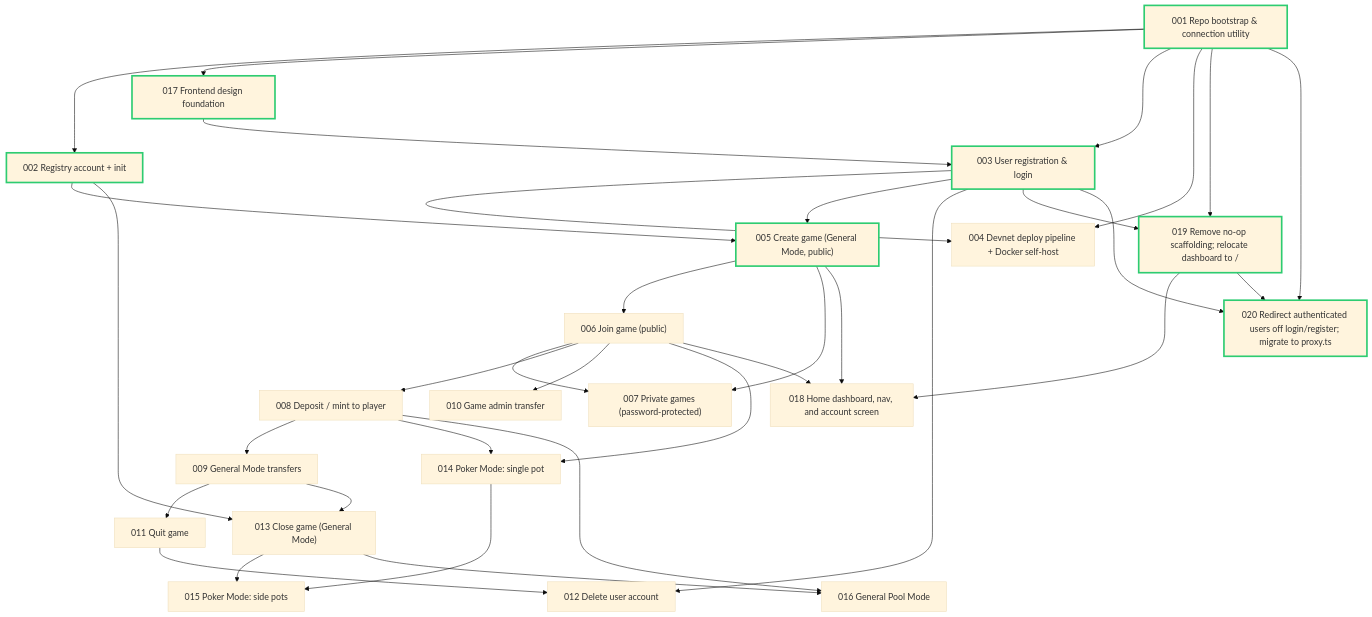
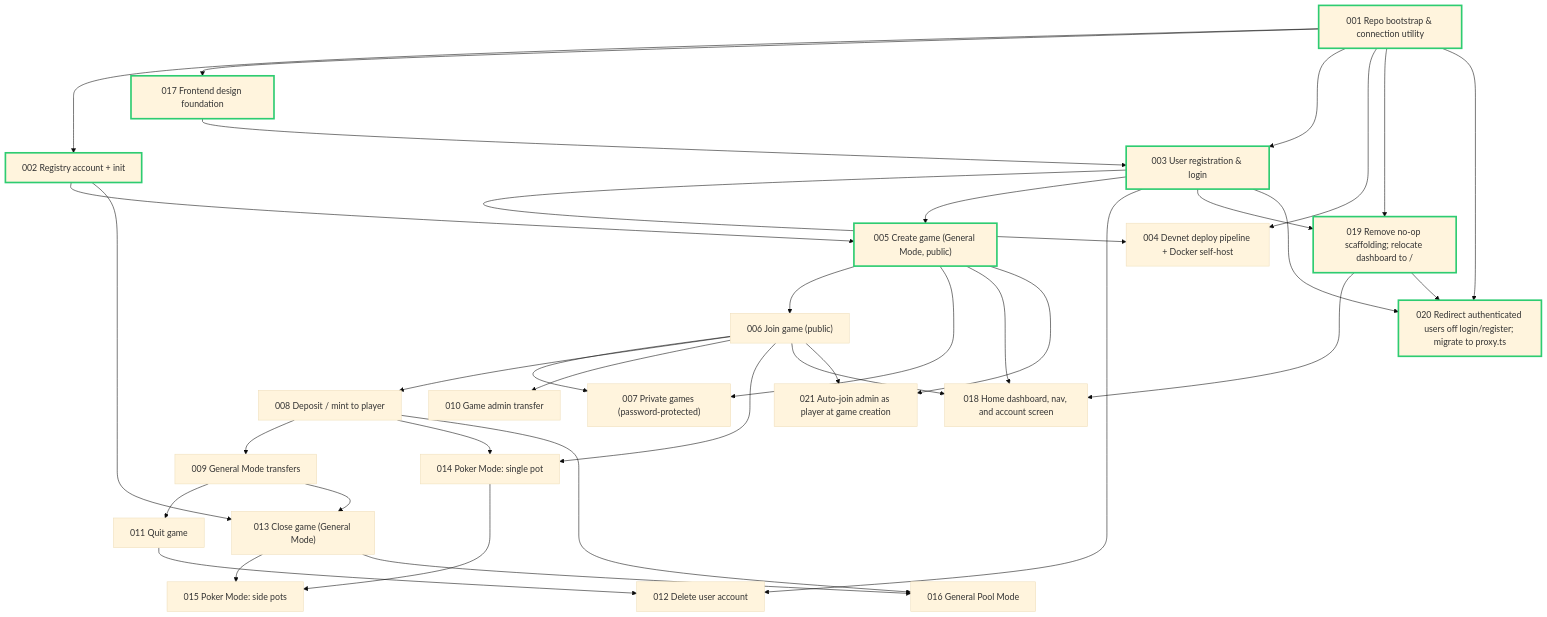
One commit to jianhong1998/game-token-wallet-v2 changed the diagram in docs/tickets/000-index.md. Above: the diagram before and after it, drawn with Mermaid (base theme). The commit also changed other lines of this file and 2 other files, not shown here.

Commit message:
docs: design for 006 join-game (public)
Grill session resolves the tension between ticket 006's player-cap/
roster requirements and architecture Q15-17 ("no separate on-chain
membership list"): Game gains a scalar player_count counter (not a
pubkey vec), roster/balance display comes from a bounded mint-filtered
getProgramAccounts scan, and AC4 expands into a real per-game detail
page. Also files ticket 021 (auto-join admin at creation) as follow-up
work explicitly kept out of this ticket and out of already-shipped 005.

````diff
--- a/docs/tickets/000-index.md
+++ b/docs/tickets/000-index.md
@@ -39,62 +40,65 @@
 ```mermaid
 graph TD
     001["001 Repo bootstrap & connection utility"]
     002["002 Registry account + init"]
     017["017 Frontend design foundation"]
     003["003 User registration & login"]
     004["004 Devnet deploy pipeline + Docker self-host"]
     005["005 Create game (General Mode, public)"]
     006["006 Join game (public)"]
     007["007 Private games (password-protected)"]
     008["008 Deposit / mint to player"]
     009["009 General Mode transfers"]
     010["010 Game admin transfer"]
     011["011 Quit game"]
     012["012 Delete user account"]
     013["013 Close game (General Mode)"]
     014["014 Poker Mode: single pot"]
     015["015 Poker Mode: side pots"]
     016["016 General Pool Mode"]
     018["018 Home dashboard, nav, and account screen"]
     019["019 Remove no-op scaffolding; relocate dashboard to /"]
     020["020 Redirect authenticated users off login/register; migrate to proxy.ts"]
+    021["021 Auto-join admin as player at game creation"]
 
     001 --> 002
     001 --> 017
     017 --> 003
     001 --> 003
     001 --> 004
     003 --> 004
     002 --> 005
     003 --> 005
     005 --> 006
     005 --> 007
     006 --> 007
     006 --> 008
     008 --> 009
     006 --> 010
     009 --> 011
     003 --> 012
     011 --> 012
     002 --> 013
     009 --> 013
     006 --> 014
     008 --> 014
     014 --> 015
     013 --> 015
     008 --> 016
     013 --> 016
     005 --> 018
     006 --> 018
     001 --> 019
     003 --> 019
     019 --> 018
     001 --> 020
     003 --> 020
     019 --> 020
+    005 --> 021
+    006 --> 021
 
     classDef done stroke:#2ecc71,stroke-width:3px;
     classDef inProgress stroke:#f1c40f,stroke-width:3px;
 
     class 001,002,003,005,017,019,020 done;
 ```
````
